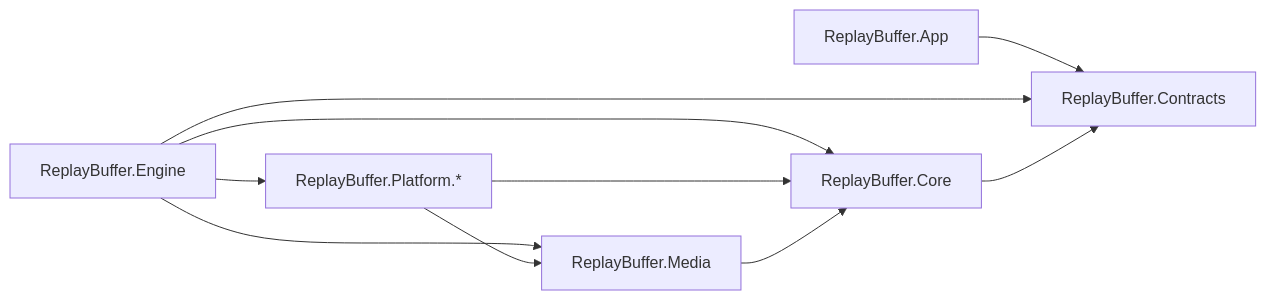
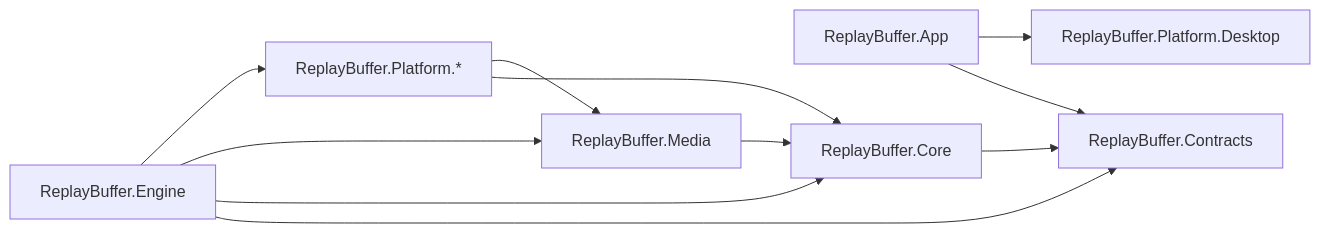
One commit to BI00dsh0t/Encore changed the first of 2 diagrams in _bmad-output/initiative-replay-buffer/architecture-replay-buffer/architecture-replay-buffer.md. Above: the diagram before and after it, drawn with Mermaid. The commit also changed other lines of this file, not shown here.

First line of the commit message:
docs(arch): add platform.desktop to the ad-2 graph

````diff
--- a/_bmad-output/initiative-replay-buffer/architecture-replay-buffer/architecture-replay-buffer.md
+++ b/_bmad-output/initiative-replay-buffer/architecture-replay-buffer/architecture-replay-buffer.md
@@ -40,12 +41,13 @@
 ```mermaid
 graph LR
   App[ReplayBuffer.App] --> Contracts[ReplayBuffer.Contracts]
+  App --> Desktop[ReplayBuffer.Platform.Desktop]
   Engine[ReplayBuffer.Engine] --> Contracts
   Engine --> Core[ReplayBuffer.Core]
   Engine --> Media[ReplayBuffer.Media]
   Engine --> Platform[ReplayBuffer.Platform.*]
   Platform --> Core
   Platform --> Media
   Media --> Core
   Core --> Contracts
 ```
````
